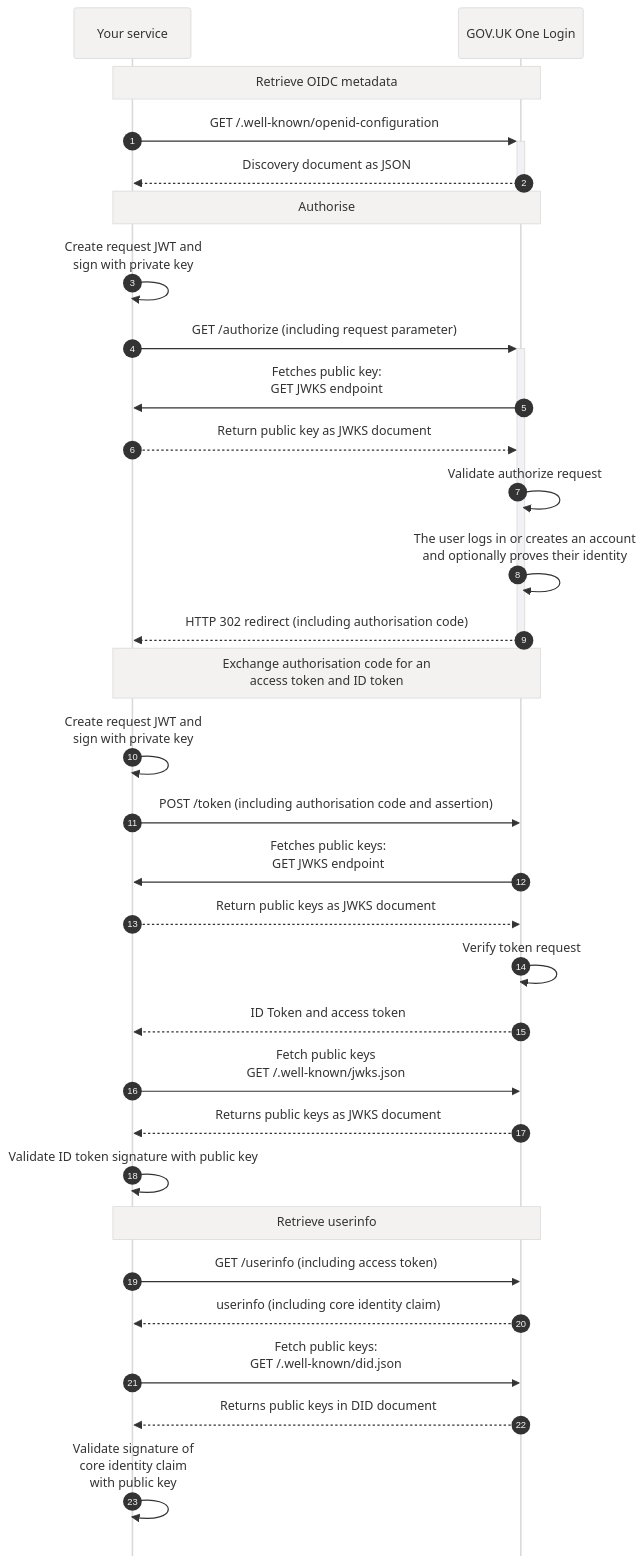
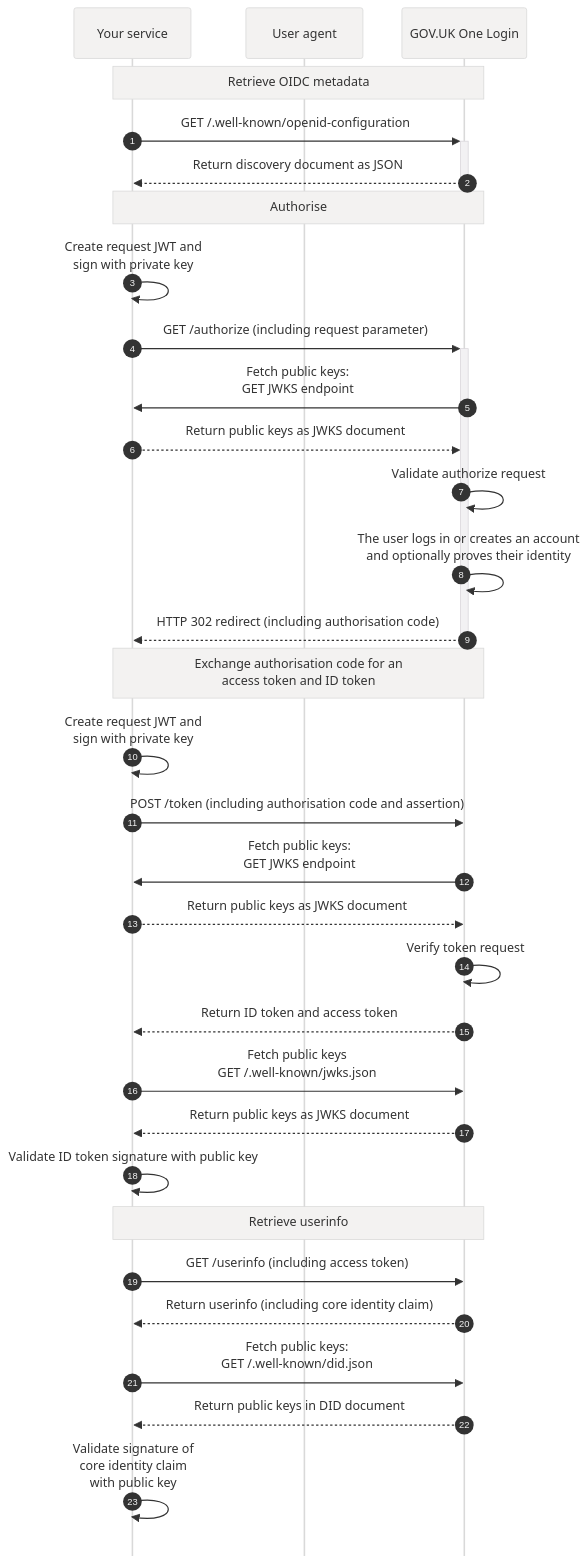
Before and after one commit to govuk-one-login/tech-docs: the diagram in source/images/originals/technical-flow-diagram-extended.mmd, drawn with Mermaid. The commit also changed 2 other files, not shown here.

```diff
--- a/source/images/originals/technical-flow-diagram-extended.mmd
+++ b/source/images/originals/technical-flow-diagram-extended.mmd
@@ -1,40 +1,41 @@
 ---
 config:
   mirrorActors: false
   theme: base
   themeVariables:
     primaryColor: "#f3f2f1"
     fontSize: 24px 
     noteBkgColor: "#f3f2f1"  
 ---
 ﻿﻿sequenceDiagram
   autonumber
   participant S as Your service
+  participant U as User agent
   participant OL as GOV.UK One Login
   Note over S,OL: Retrieve OIDC metadata
   S->>+OL: GET /.well-known/openid-configuration
-  OL-->>-S: Discovery document as JSON 
+  OL-->>-S: Return discovery document as JSON 
   Note over S,OL: Authorise
   S->>S: Create request JWT and <br/>sign with private key
   S->>+OL: GET /authorize (including request parameter)
-  OL->>S: Fetches public key:<br/>GET JWKS endpoint
-  S-->>OL: Return public key as JWKS document
+  OL->>S: Fetch public keys:<br/>GET JWKS endpoint
+  S-->>OL: Return public keys as JWKS document
   OL->>OL: Validate authorize request
   OL->>OL: The user logs in or creates an account<br/>and optionally proves their identity
   OL-->>-S: HTTP 302 redirect (including authorisation code)
   Note over S,OL: Exchange authorisation code for an <br/>access token and ID token
   S->>S: Create request JWT and <br/>sign with private key
   S->>OL: POST /token (including authorisation code and assertion)
-  OL->>S: Fetches public keys:<br/>GET JWKS endpoint
+  OL->>S: Fetch public keys:<br/>GET JWKS endpoint
   S-->>OL: Return public keys as JWKS document
   OL->>OL: Verify token request
-  OL-->>S: ID Token and access token
+  OL-->>S: Return ID token and access token
   S->>OL: Fetch public keys<br/>GET /.well-known/jwks.json
-  OL-->>S: Returns public keys as JWKS document 
+  OL-->>S: Return public keys as JWKS document 
   S->>S: Validate ID token signature with public key
   Note over S,OL: Retrieve userinfo 
   S->>OL: GET /userinfo (including access token)
-  OL-->>S: userinfo (including core identity claim)
+  OL-->>S: Return userinfo (including core identity claim)
   S->>OL: Fetch public keys:<br/>GET /.well-known/did.json
-  OL-->>S: Returns public keys in DID document
+  OL-->>S: Return public keys in DID document
   S->>S: Validate signature of<br/>core identity claim<br/>with public key 
```
